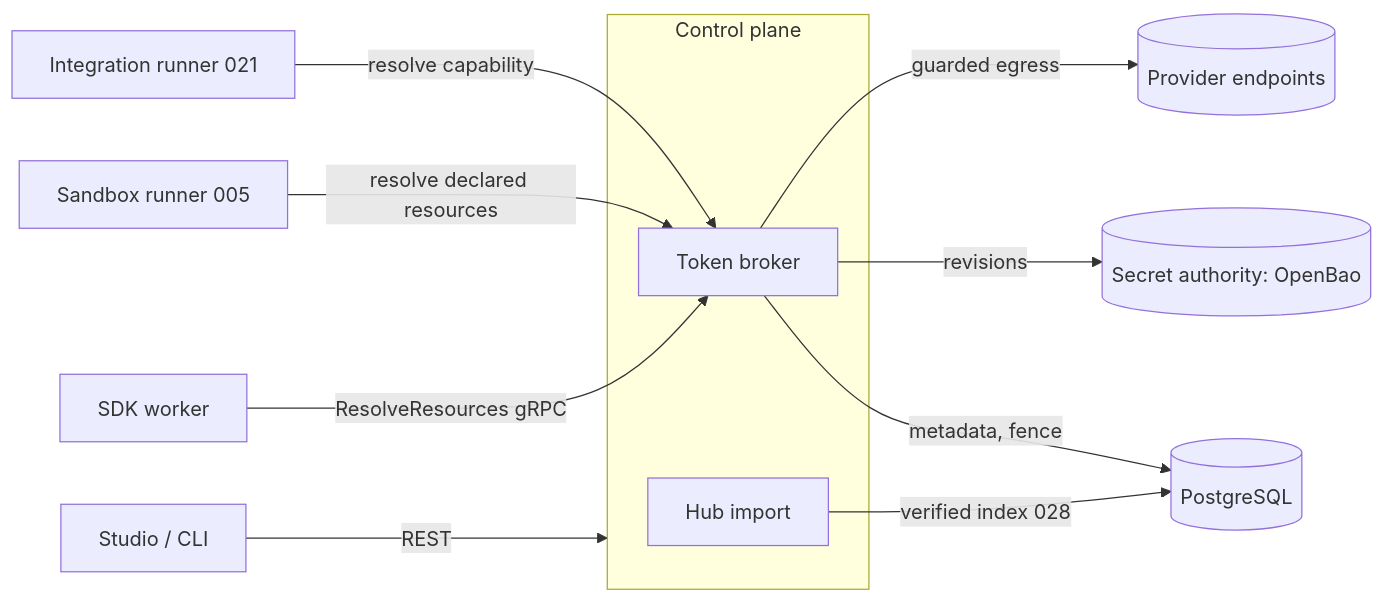
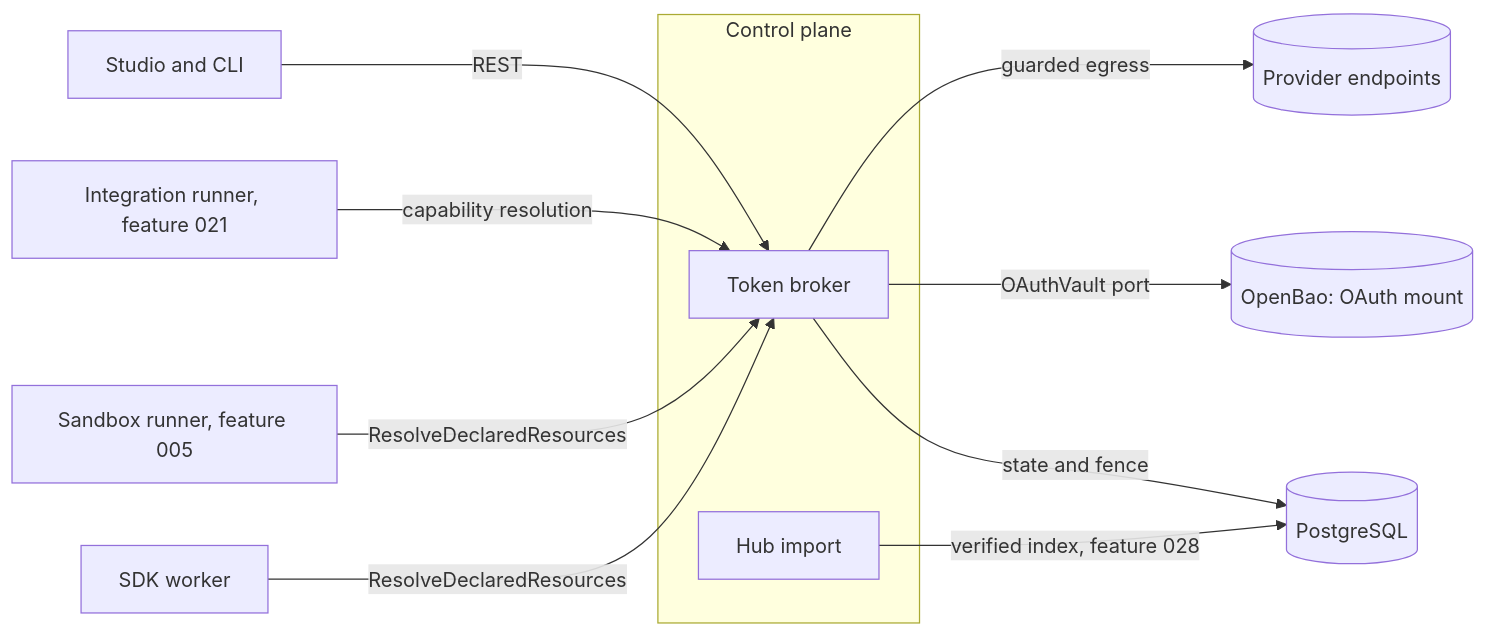
Before and after one commit to ortisun/sagat-octopus-orchestrator: the first of 2 diagrams in docs/designs/047-oauth-integration-hub.md, drawn with Mermaid. The commit also changed other lines of this file and 15 other files, not shown here.

````diff
--- a/docs/designs/047-oauth-integration-hub.md
+++ b/docs/designs/047-oauth-integration-hub.md
@@ -302,15 +366,15 @@
 ```mermaid
 flowchart LR
-    S[Studio / CLI] -->|REST| CP[Control plane]
-    subgraph CP[Control plane]
+    S[Studio and CLI] -->|REST| B
+    subgraph ControlPlane[Control plane]
       B[Token broker]
       H[Hub import]
     end
     B -->|guarded egress| P[(Provider endpoints)]
-    B -->|revisions| SA[(Secret authority: OpenBao)]
-    B -->|metadata, fence| PG[(PostgreSQL)]
-    IR[Integration runner 021] -->|resolve capability| B
-    SR[Sandbox runner 005] -->|resolve declared resources| B
-    W[SDK worker] -->|ResolveResources gRPC| B
-    H -->|verified index 028| PG
+    B -->|OAuthVault port| V[(OpenBao: OAuth mount)]
+    B -->|state and fence| PG[(PostgreSQL)]
+    IR[Integration runner, feature 021] -->|capability resolution| B
+    SR[Sandbox runner, feature 005] -->|ResolveDeclaredResources| B
+    W[SDK worker] -->|ResolveDeclaredResources| B
+    H -->|verified index, feature 028| PG
 ```
````
